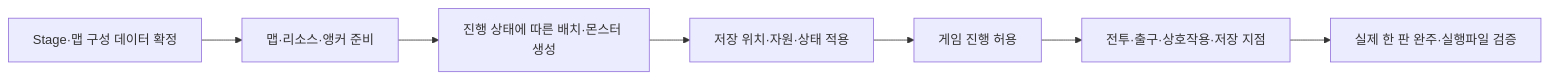
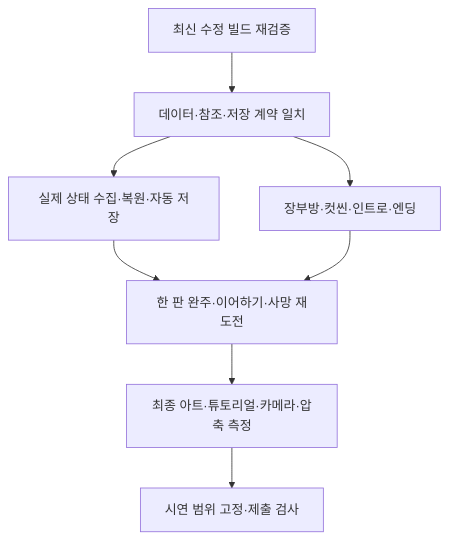
One commit to lkhwcf-arch/Human_Ghost- changed the diagram in Docs/남은 구현과 검증 작업.md. Above: the diagram before and after it, drawn with Mermaid. The commit also changed other lines of this file and 29 other files, not shown here.

````diff
--- a/Docs/남은 구현과 검증 작업.md
+++ b/Docs/남은 구현과 검증 작업.md
@@ -36,9 +34,10 @@
 ```mermaid
-flowchart LR
-    A[Stage·맵 구성 데이터 확정] --> B[맵·리소스·앵커 준비]
-    B --> C[진행 상태에 따른 배치·몬스터 생성]
-    C --> D[저장 위치·자원·상태 적용]
-    D --> E[게임 진행 허용]
-    E --> F[전투·출구·상호작용·저장 지점]
-    F --> G[실제 한 판 완주·실행파일 검증]
+flowchart TD
+    A[최신 수정 빌드 재검증] --> B[데이터·참조·저장 계약 일치]
+    B --> C[실제 상태 수집·복원·자동 저장]
+    B --> D[장부방·컷씬·인트로·엔딩]
+    C --> E[한 판 완주·이어하기·사망 재도전]
+    D --> E
+    E --> F[최종 아트·튜토리얼·카메라·압축 측정]
+    F --> G[시연 범위 고정·제출 검사]
 ```
````
